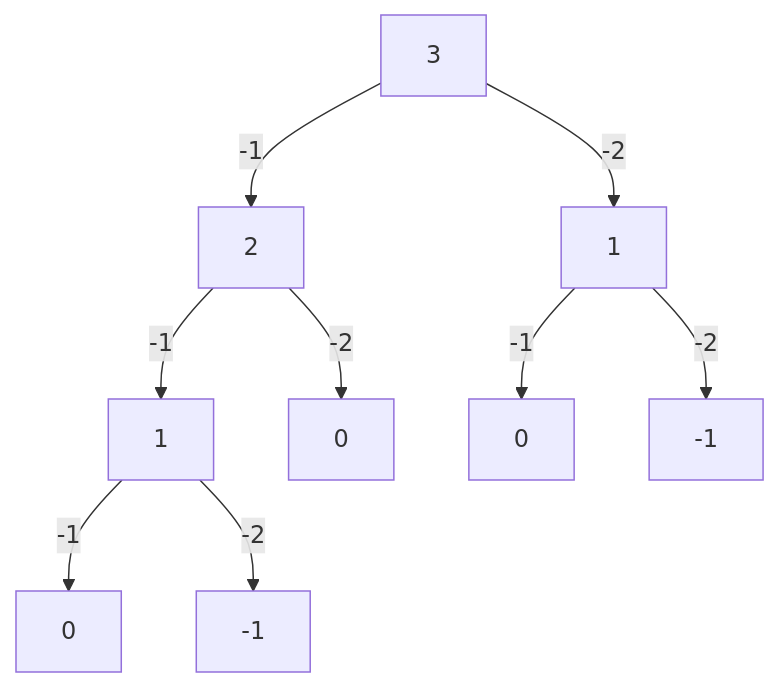
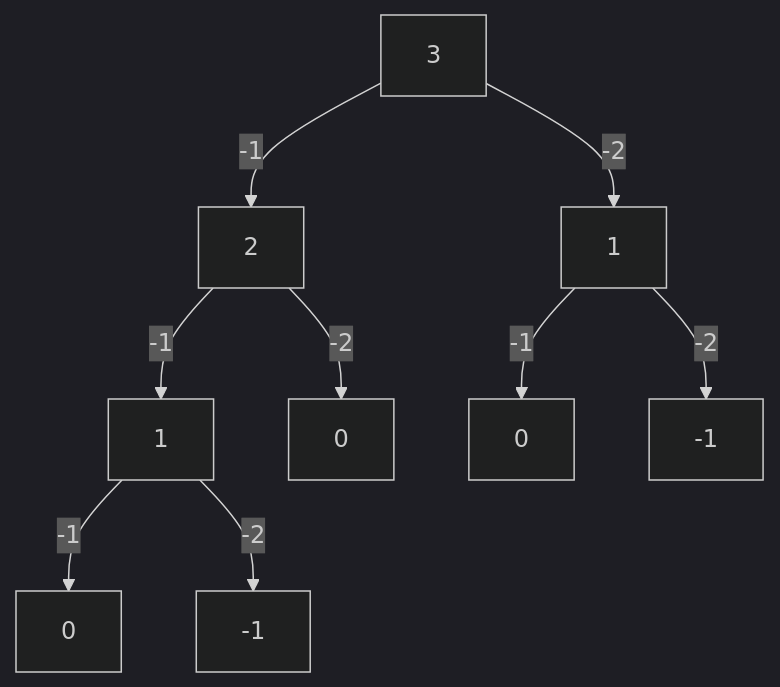
The first of 2 diagrams in content/blog/CS/ALGORITHMS/[coin-change]basic-greedy-with-dp.md (zerozoo-a/zerozoo-a.github.io), drawn with Mermaid before and after one commit. The commit also changed 2 other files, not shown here.

Commit message:
post 추가

````diff
--- a/content/blog/CS/ALGORITHMS/[coin-change]basic-greedy-with-dp.md
+++ b/content/blog/CS/ALGORITHMS/[coin-change]basic-greedy-with-dp.md
@@ -219,13 +219,15 @@
 ```mermaid
+%%{init: {'theme':'dark'}}%%
+
 graph TD;
     3 -- -1 --> 2
     2 -- -1 --> 1
     1 -- -1 --> A[0]
 
     1 -- -2 --> -1
     2 -- -2 --> B[0]
 
     3 -- -2 --> C[1]
     C -- -1 --> D[0]
     C -- -2 --> E[-1]
 ```
````
